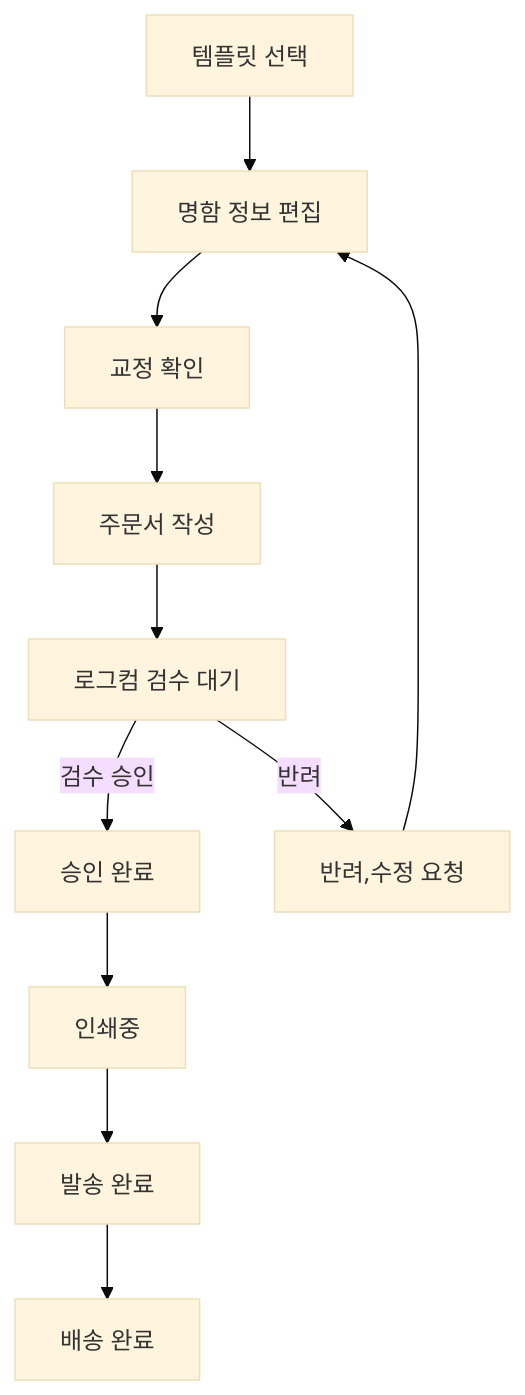
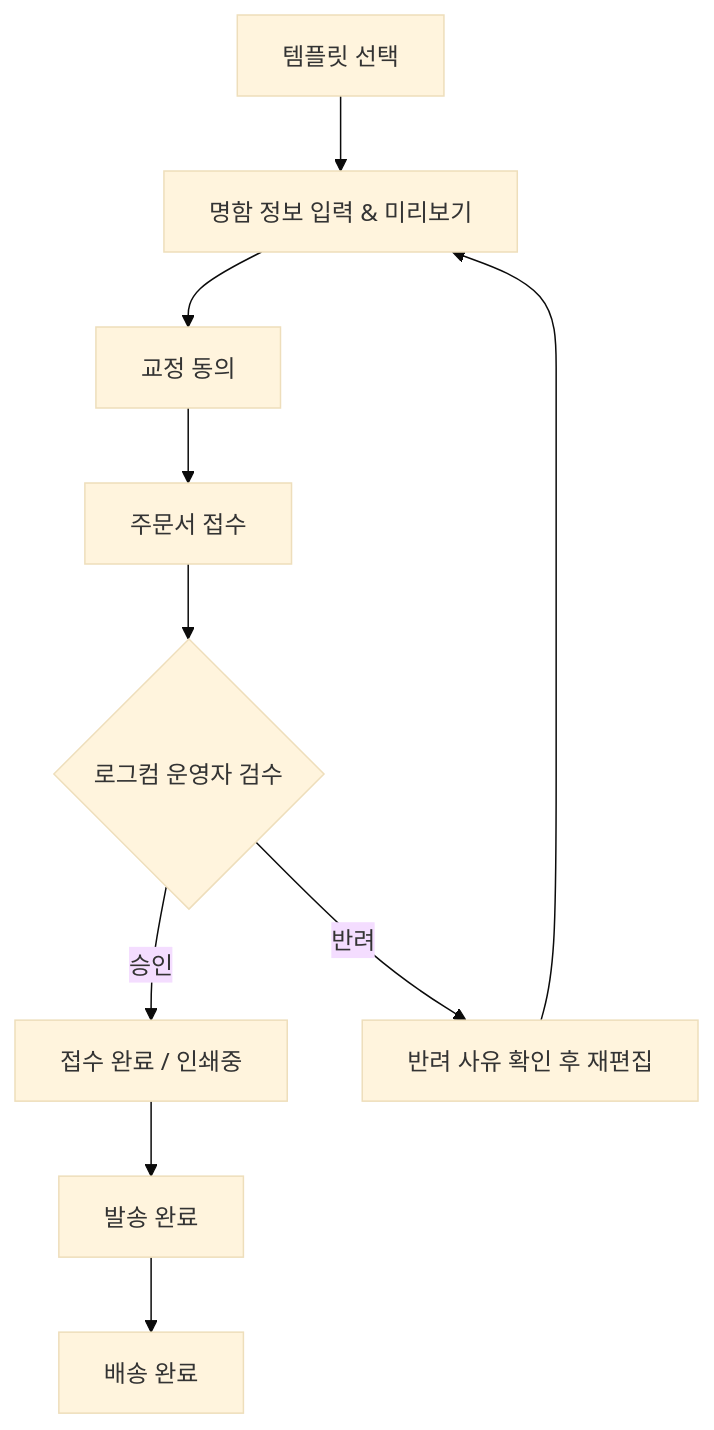
The diagram in docs/requirements/ncms-functional-spec-v0.1.md (tbto37/NCMS), drawn with Mermaid (base theme) before and after one commit. The commit also changed other lines of this file and 99 other files, not shown here.

````diff
--- a/docs/requirements/ncms-functional-spec-v0.1.md
+++ b/docs/requirements/ncms-functional-spec-v0.1.md
@@ -121,13 +46,12 @@
 ```mermaid
 flowchart TD
-    A[템플릿 선택] --> B[명함 정보 편집]
-    B --> C[교정 확인]
-    C --> D[주문서 작성]
-    D --> E[로그컴 검수 대기]
-    E -->|검수 승인| F[승인 완료]
-    E -->|반려| G[반려,수정 요청]
+    A[템플릿 선택] --> B[명함 정보 입력 & 미리보기]
+    B --> C[교정 동의]
+    C --> D[주문서 접수]
+    D --> E{로그컴 운영자 검수}
+    E -->|승인| F[접수 완료 / 인쇄중]
+    E -->|반려| G[반려 사유 확인 후 재편집]
     G --> B
-    F --> H[인쇄중]
-    H --> I[발송 완료]
-    I --> J[배송 완료]
+    F --> H[발송 완료]
+    H --> I[배송 완료]
 ```
````
